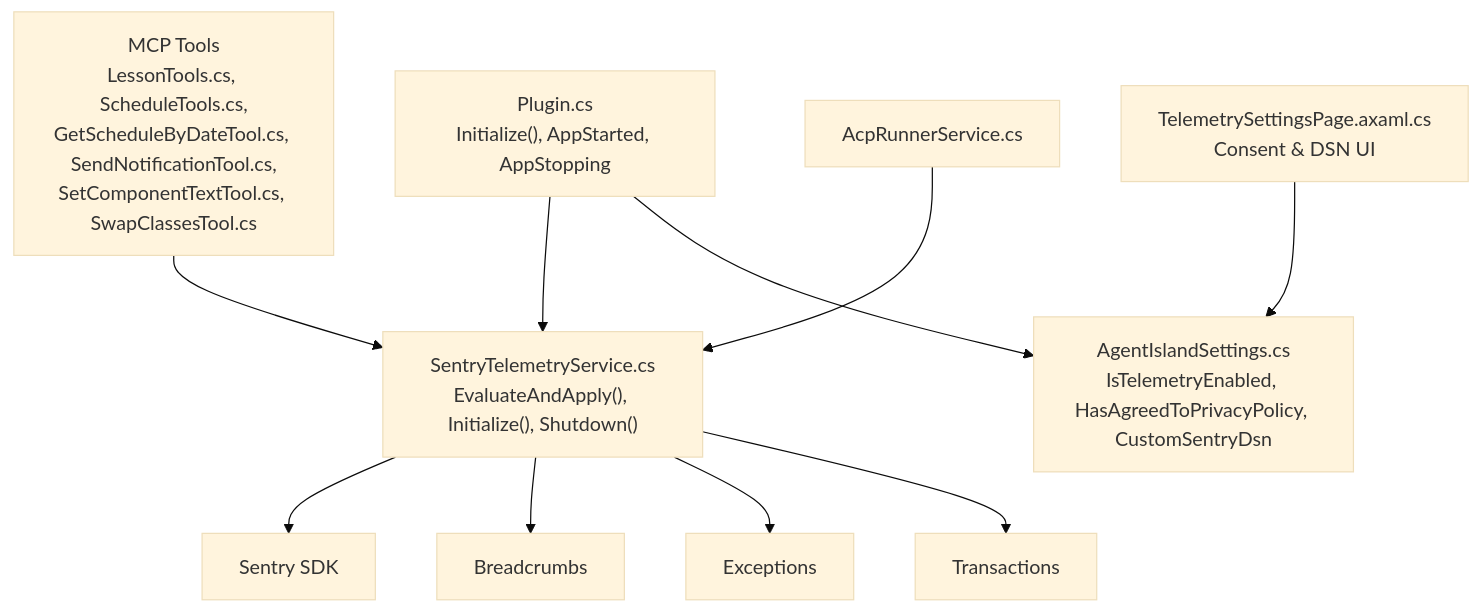
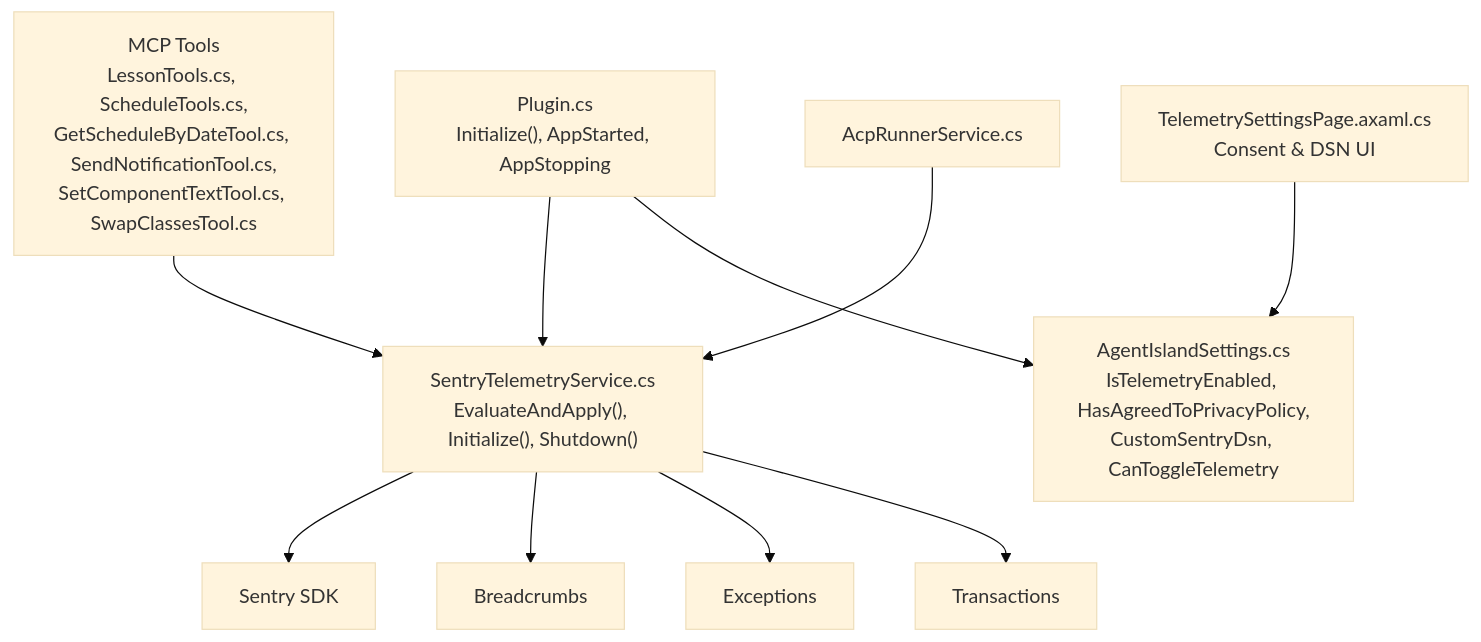
One commit to ShihaoShenDev/AgentIsland changed the first of 5 diagrams in .qoder/repowiki/en/content/Telemetry and Monitoring.md. Above: the diagram before and after it, drawn with Mermaid (base theme). The commit also changed other lines of this file and 54 other files, not shown here.

Commit message:
docs: restructure repowiki docs, add overview/settings pages, refresh telemetry docs and build scripts

````diff
--- a/.qoder/repowiki/en/content/Telemetry and Monitoring.md
+++ b/.qoder/repowiki/en/content/Telemetry and Monitoring.md
@@ -38,12 +48,12 @@
 ```mermaid
 graph TB
 Plugin["Plugin.cs<br/>Initialize(), AppStarted, AppStopping"] --> TelemetrySvc["SentryTelemetryService.cs<br/>EvaluateAndApply(), Initialize(), Shutdown()"]
-Plugin --> Settings["AgentIslandSettings.cs<br/>IsTelemetryEnabled, HasAgreedToPrivacyPolicy, CustomSentryDsn"]
+Plugin --> Settings["AgentIslandSettings.cs<br/>IsTelemetryEnabled, HasAgreedToPrivacyPolicy,<br/>CustomSentryDsn, CanToggleTelemetry"]
 TelemetrySvc --> SentrySdk["Sentry SDK"]
 TelemetrySvc --> Breadcrumbs["Breadcrumbs"]
 TelemetrySvc --> Exceptions["Exceptions"]
 TelemetrySvc --> Transactions["Transactions"]
 Tools["MCP Tools<br/>LessonTools.cs, ScheduleTools.cs,<br/>GetScheduleByDateTool.cs, SendNotificationTool.cs,<br/>SetComponentTextTool.cs, SwapClassesTool.cs"] --> TelemetrySvc
 Services["AcpRunnerService.cs"] --> TelemetrySvc
 SettingsUI["TelemetrySettingsPage.axaml.cs<br/>Consent & DSN UI"] --> Settings
 ```
````
